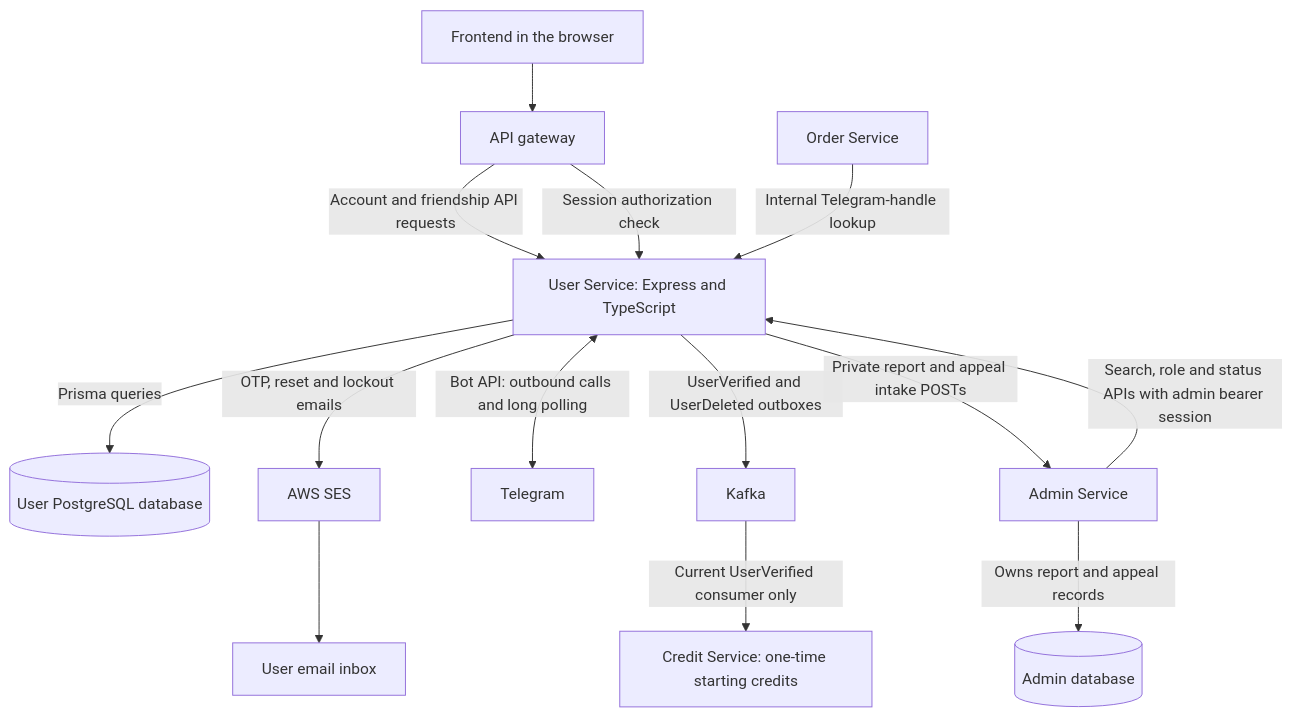
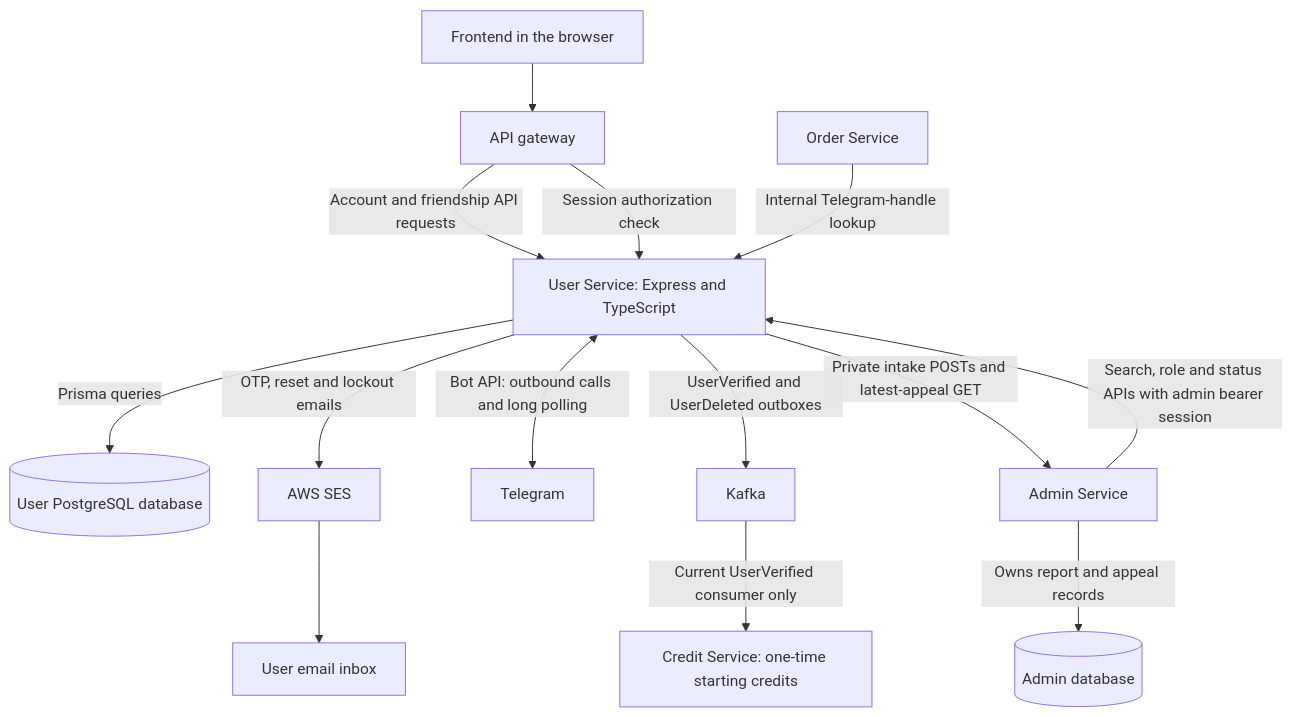
One commit to CS3219-AY2627S1/FoC-Template changed the first of 2 diagrams in user-service/docs/architecture.md. Above: the diagram before and after it, drawn with Mermaid. The commit also changed other lines of this file and 16 other files, not shown here.

Commit message:
feat(user): add status filtering and appeal rejection feedback

````diff
--- a/user-service/docs/architecture.md
+++ b/user-service/docs/architecture.md
@@ -9,16 +9,16 @@
 ```mermaid
 flowchart TB
     browser[Frontend in the browser] --> gateway[API gateway]
     gateway -->|Account and friendship API requests| user[User Service: Express and TypeScript]
     gateway -->|Session authorization check| user
     user -->|Prisma queries| db[(User PostgreSQL database)]
     user -->|OTP, reset and lockout emails| ses[AWS SES]
     ses --> inbox[User email inbox]
     user <-->|Bot API: outbound calls and long polling| telegram[Telegram]
     user -->|UserVerified and UserDeleted outboxes| kafka[Kafka]
     kafka -->|Current UserVerified consumer only| credit[Credit Service: one-time starting credits]
     order[Order Service] -->|Internal Telegram-handle lookup| user
     admin[Admin Service] -->|Search, role and status APIs with admin bearer session| user
-    user -->|Private report and appeal intake POSTs| admin
+    user -->|Private intake POSTs and latest-appeal GET| admin
     admin -->|Owns report and appeal records| admindb[(Admin database)]
 ```
````
